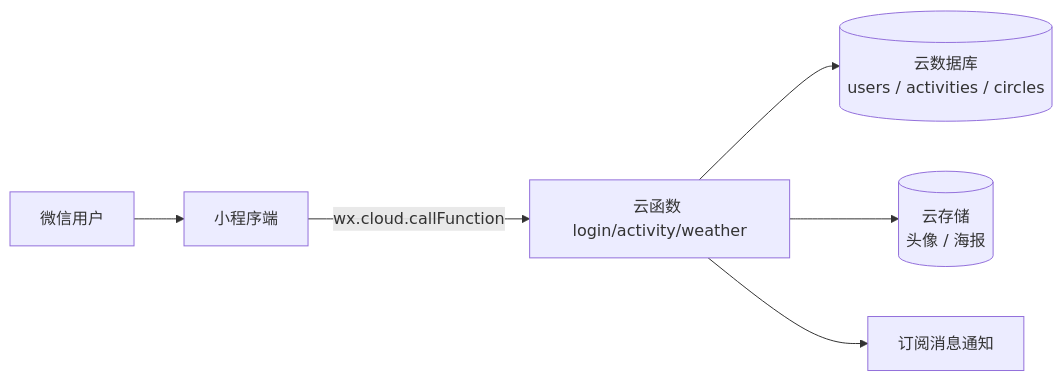
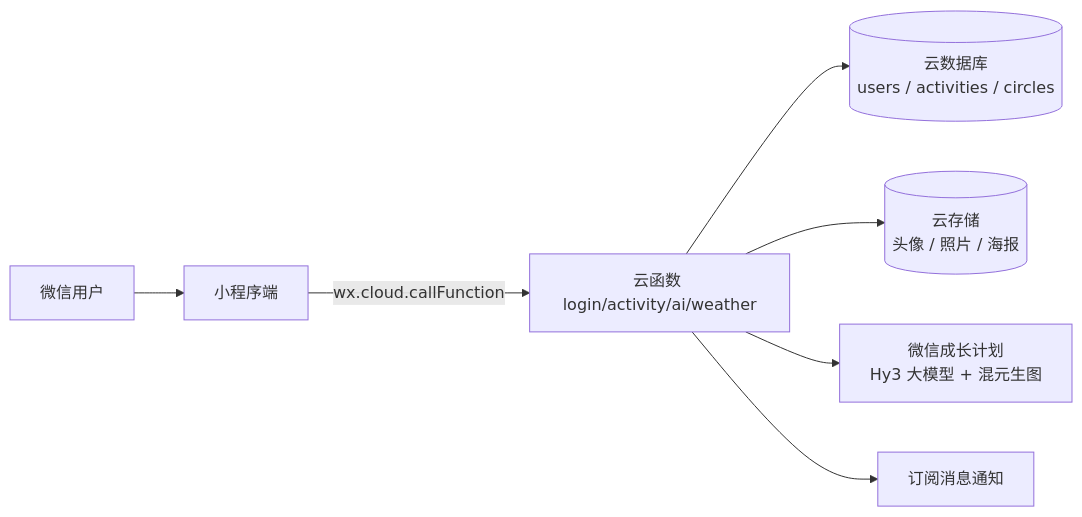
The diagram in README.md (chonpszhou/paddy-helper), drawn with Mermaid before and after one commit. The commit also changed other lines of this file and 13 other files, not shown here.

````diff
--- a/README.md
+++ b/README.md
@@ -55,8 +58,9 @@
 ```mermaid
 flowchart LR
   U[微信用户] --> MP[小程序端]
-  MP -->|wx.cloud.callFunction| CF[云函数 login/activity/weather]
+  MP -->|wx.cloud.callFunction| CF[云函数 login/activity/ai/weather]
   CF --> DB[(云数据库<br/>users / activities / circles)]
-  CF --> ST[(云存储<br/>头像 / 海报)]
+  CF --> ST[(云存储<br/>头像 / 照片 / 海报)]
+  CF --> AI[微信成长计划<br/>Hy3 大模型 + 混元生图]
   CF --> MSG[订阅消息通知]
 ```
````
